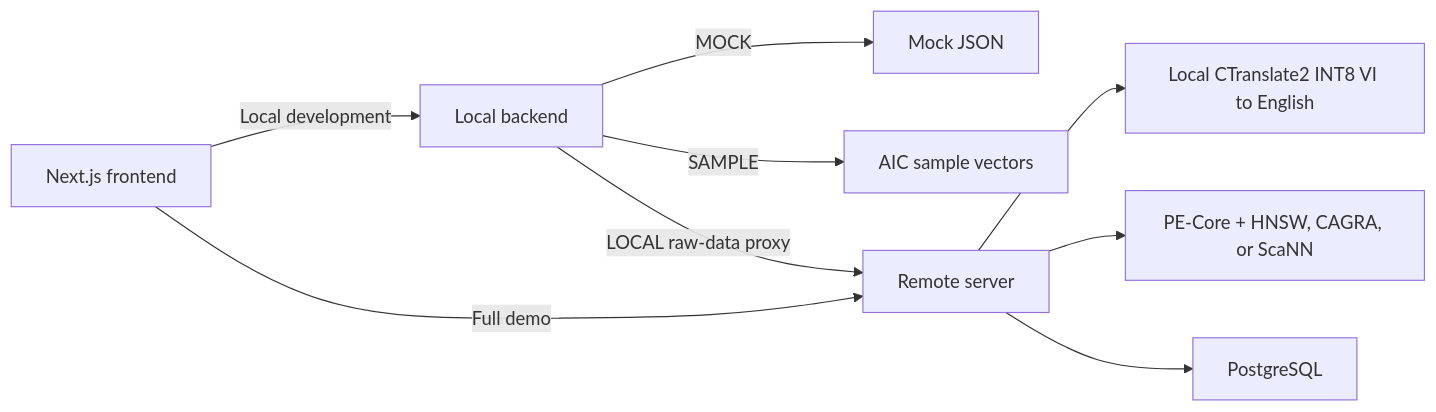
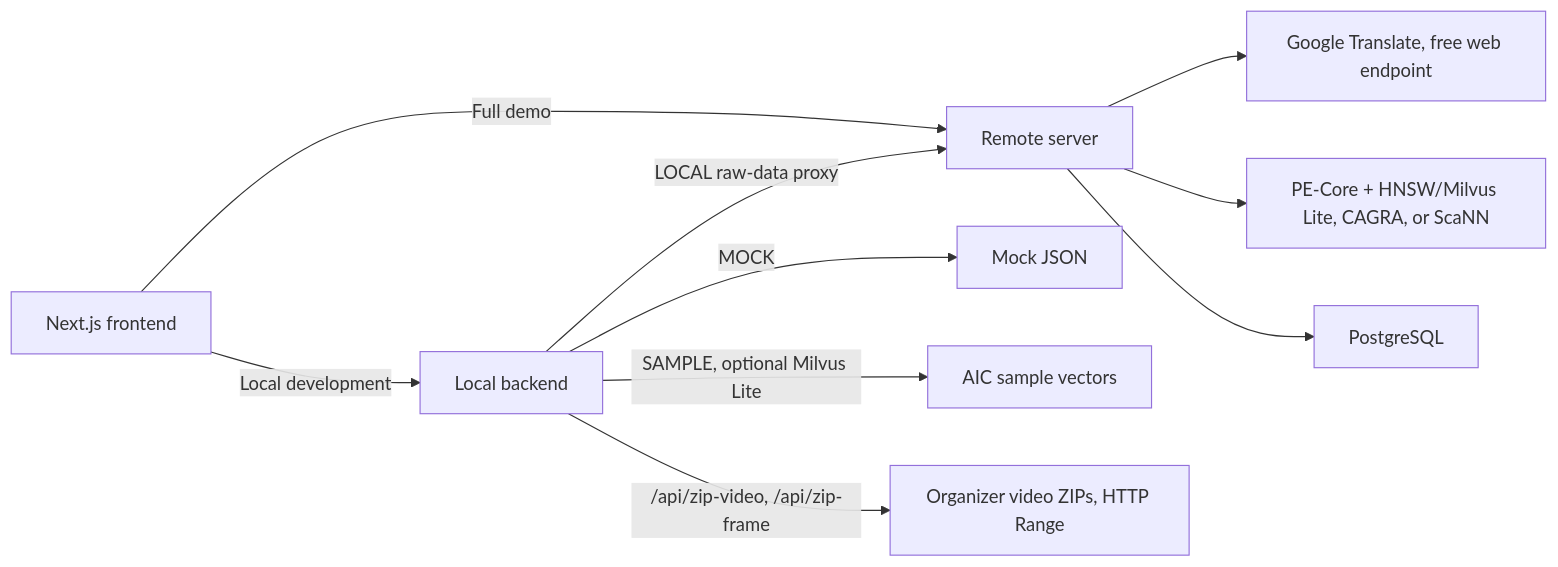
Before and after one commit to vtphatt2/AIC-HCMC-2026: the first of 2 diagrams in docs/architecture.md, drawn with Mermaid. The commit also changed other lines of this file and 6 other files, not shown here.

````diff
--- a/docs/architecture.md
+++ b/docs/architecture.md
@@ -9,20 +9,22 @@
 ```mermaid
 flowchart LR
     UI[Next.js frontend]
     LB[Local backend]
     RB[Remote server]
     MOCK[Mock JSON]
     SAMPLE[AIC sample vectors]
-    SEARCH[PE-Core + HNSW, CAGRA, or ScaNN]
+    SEARCH[PE-Core + HNSW/Milvus Lite, CAGRA, or ScaNN]
     TEXT[PostgreSQL]
-    TRANS[Local CTranslate2 INT8 VI to English]
+    TRANS[Google Translate, free web endpoint]
+    ZIP[Organizer video ZIPs, HTTP Range]
 
     UI -->|Local development| LB
     LB -->|MOCK| MOCK
-    LB -->|SAMPLE| SAMPLE
+    LB -->|SAMPLE, optional Milvus Lite| SAMPLE
     LB -->|LOCAL raw-data proxy| RB
+    LB -->|/api/zip-video, /api/zip-frame| ZIP
     UI -->|Full demo| RB
     RB --> TRANS
     RB --> SEARCH
     RB --> TEXT
 ```
````
